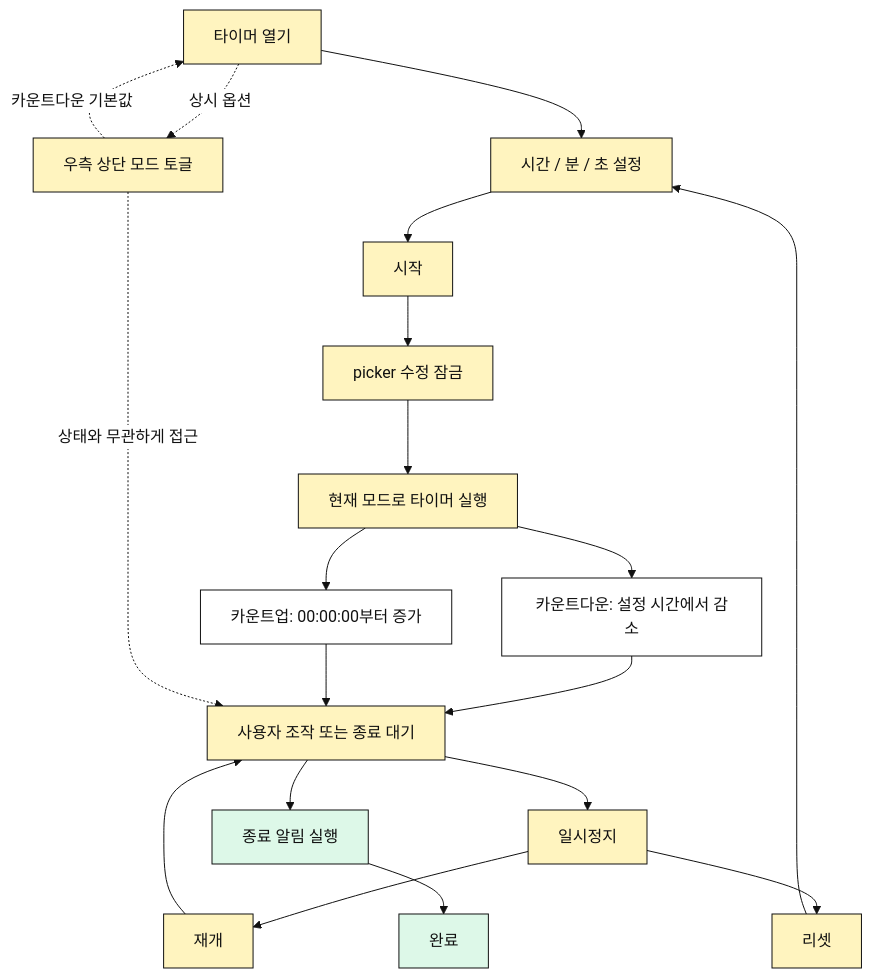
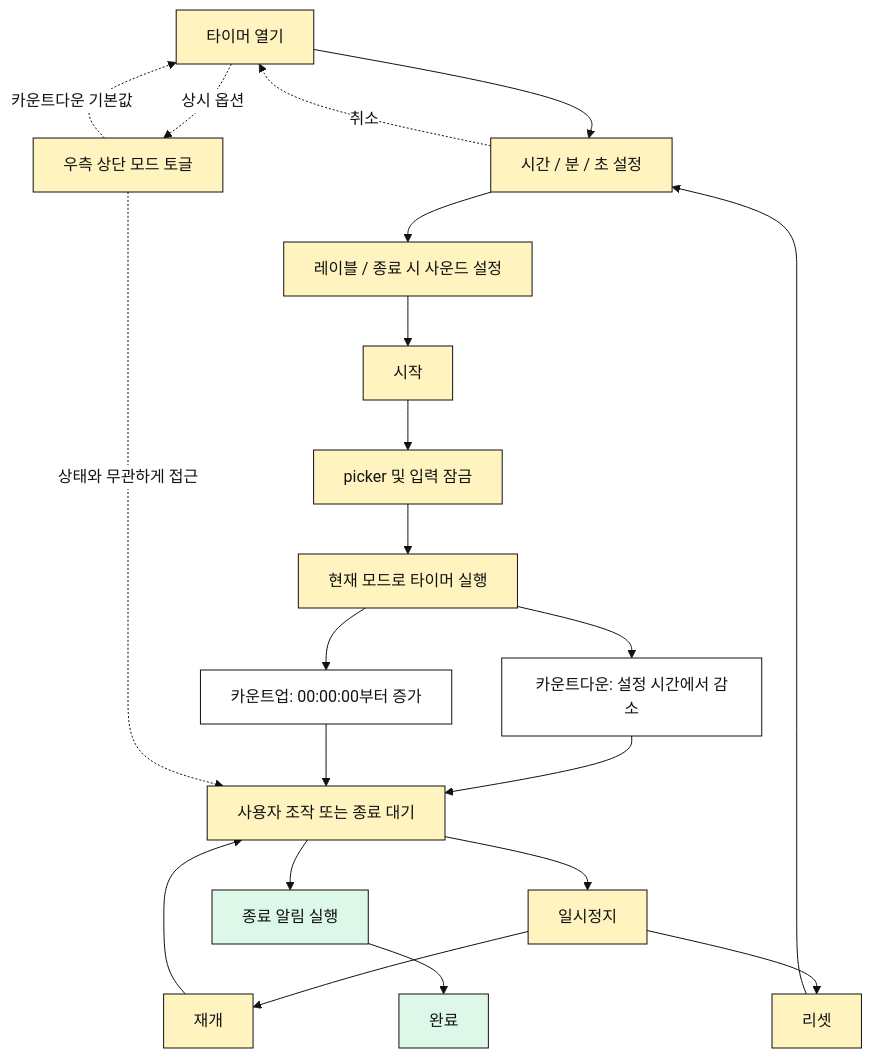
The diagram in docs/use-cases/timer.md (KalGookSoo/tempo), drawn with Mermaid before and after one commit. The commit also changed other lines of this file and 8 other files, not shown here.

First line of the commit message:
feat: 타이머 화면에 모드 토글, 레이블, 종료 사운드, 조작 버튼 추가

````diff
--- a/docs/use-cases/timer.md
+++ b/docs/use-cases/timer.md
@@ -51,28 +60,30 @@
 ```mermaid
 %%{init: {"theme": "base", "themeVariables": {"background": "transparent", "primaryColor": "#FFFFFF", "primaryTextColor": "#111111", "primaryBorderColor": "#111111", "lineColor": "#111111", "tertiaryColor": "#F7F7F2"}}}%%
 flowchart TD
   A["타이머 열기"] --> B["시간 / 분 / 초 설정"]
-  B --> C["시작"]
-  C --> D["picker 수정 잠금"]
+  B --> B2["레이블 / 종료 시 사운드 설정"]
+  B2 --> C["시작"]
+  C --> D["picker 및 입력 잠금"]
   D --> E["현재 모드로 타이머 실행"]
   E --> F["카운트다운: 설정 시간에서 감소"]
   E --> G["카운트업: 00:00:00부터 증가"]
   F --> H["사용자 조작 또는 종료 대기"]
   G --> H
   H --> I["일시정지"]
   I --> J["재개"]
   J --> H
   I --> K["리셋"]
   K --> B
   H --> L["종료 알림 실행"]
   L --> M["완료"]
   A -. "상시 옵션" .-> N["우측 상단 모드 토글"]
   N -. "카운트다운 기본값" .-> A
   N -. "상태와 무관하게 접근" .-> H
+  B -. "취소" .-> A
 
   classDef action fill:#FFF4BF,stroke:#111111,color:#111111;
   classDef done fill:#DDF8E8,stroke:#111111,color:#111111;
   classDef error fill:#FFE0E0,stroke:#111111,color:#111111;
-  class A,B,C,D,E,H,I,J,K,N action;
+  class A,B,B2,C,D,E,H,I,J,K,N action;
   class L,M done;
 ```
````
